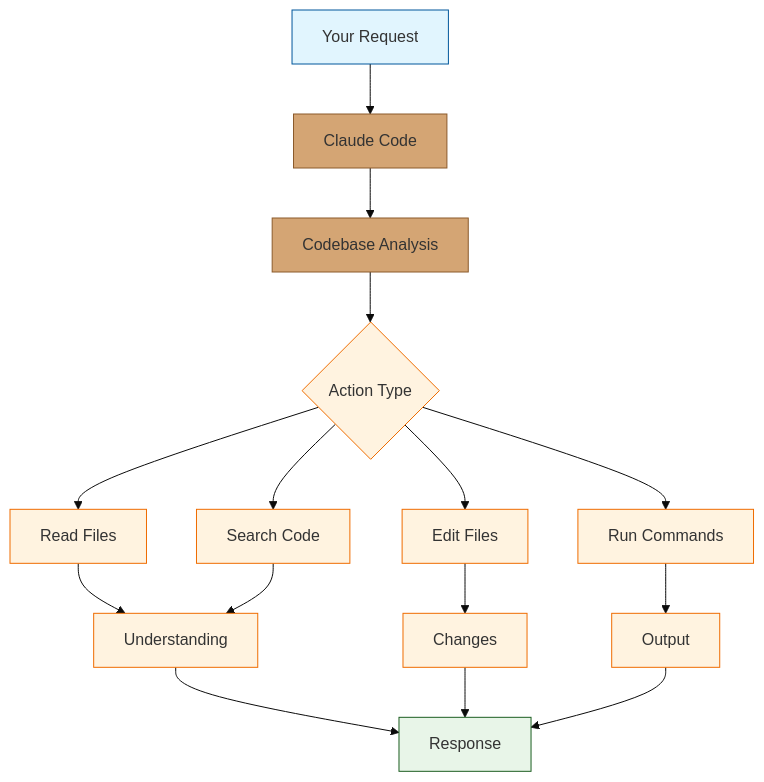
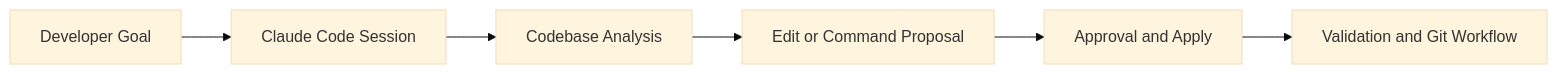
The diagram in tutorials/claude-code-tutorial/index.md (johnxie/awesome-code-docs), drawn with Mermaid (base theme) before and after one commit. The commit also changed other lines of this file and 6 other files, not shown here.

Commit message:
docs: upgrade anthropic api and claude code indexes to v2 (#88)

````diff
--- a/tutorials/claude-code-tutorial/index.md
+++ b/tutorials/claude-code-tutorial/index.md
@@ -40,30 +38,8 @@
 ```mermaid
-flowchart TD
-    A[Your Request] --> B[Claude Code]
+flowchart LR
+    A[Developer Goal] --> B[Claude Code Session]
     B --> C[Codebase Analysis]
-    
-    C --> D{Action Type}
-    D --> E[Read Files]
-    D --> F[Edit Files]
-    D --> G[Run Commands]
-    D --> H[Search Code]
-    
-    E --> I[Understanding]
-    F --> J[Changes]
-    G --> K[Output]
-    H --> I
-    
-    I --> L[Response]
-    J --> L
-    K --> L
-    
-    classDef input fill:#e1f5fe,stroke:#01579b
-    classDef claude fill:#d4a574,stroke:#8b5a2b
-    classDef action fill:#fff3e0,stroke:#ef6c00
-    classDef output fill:#e8f5e8,stroke:#1b5e20
-    
-    class A input
-    class B,C claude
-    class D,E,F,G,H,I,J,K action
-    class L output
+    C --> D[Edit or Command Proposal]
+    D --> E[Approval and Apply]
+    E --> F[Validation and Git Workflow]
 ```
````
